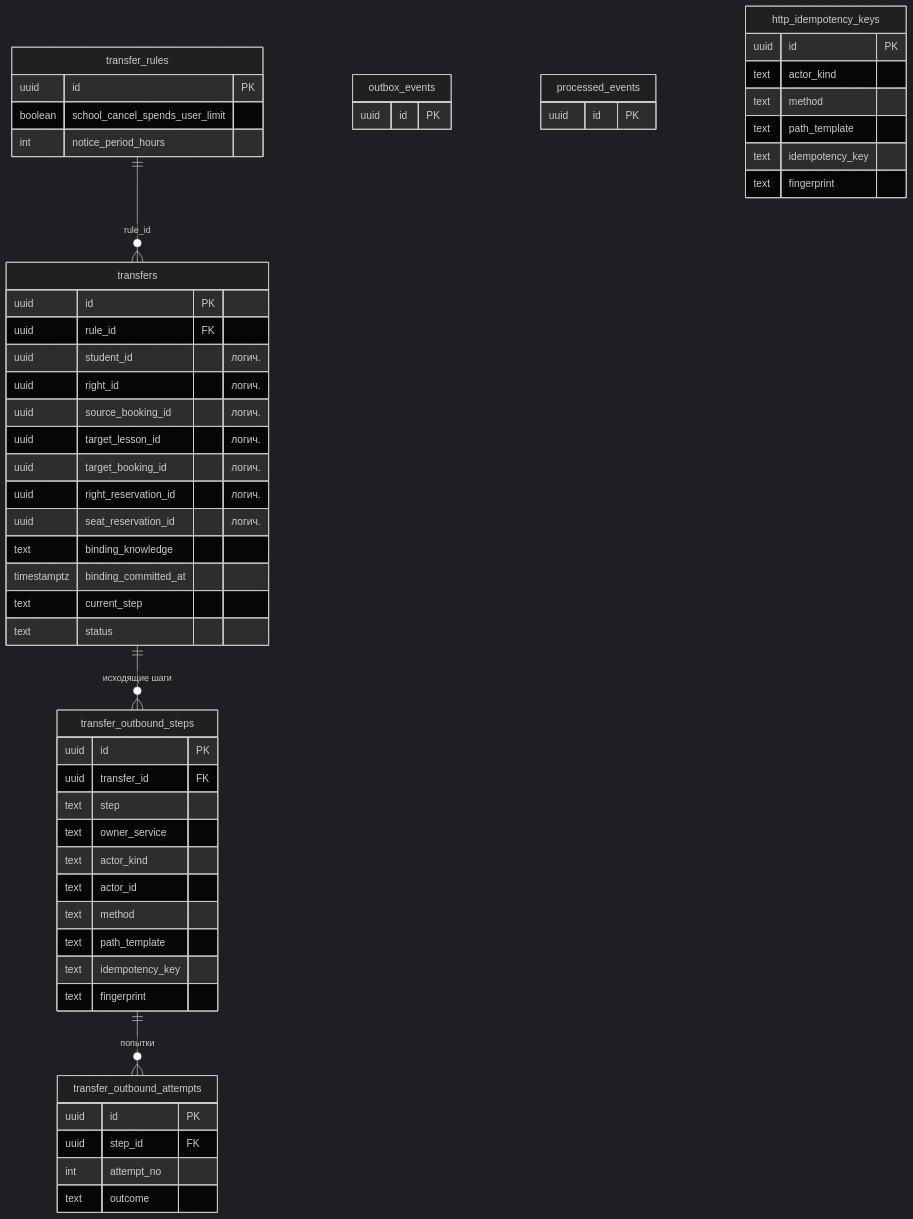
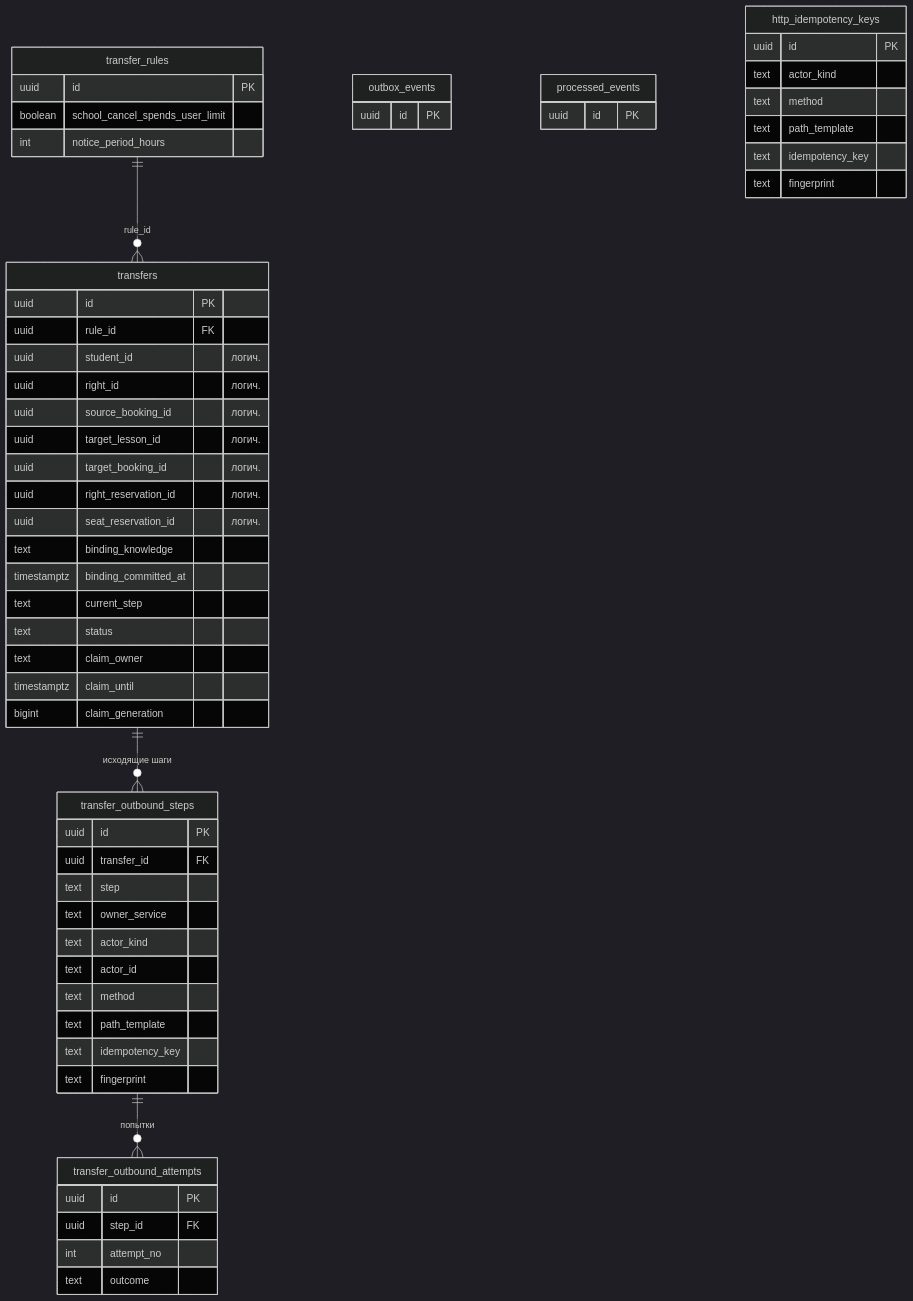
One commit to lostsky25/LessonPlus changed the diagram in docs/architecture/diagrams/er-transfers.mmd. Above: the diagram before and after it, drawn with Mermaid (dark theme). The commit also changed 19 other files, not shown here.

```diff
--- a/docs/architecture/diagrams/er-transfers.mmd
+++ b/docs/architecture/diagrams/er-transfers.mmd
@@ -1,59 +1,62 @@
 %% ER. Проект схемы transfers. Набор полей сокращён; имена совпадают с ddl/transfers.sql.
 %% Ссылки на право, записи, занятия и резервы — логические. Связь правил — transfers.rule_id FK.
 %% http_idempotency_keys — только входящий POST /v1/transfers, не внутренние шаги владельцев.
 erDiagram
   transfer_rules ||--o{ transfers : "rule_id"
   transfers ||--o{ transfer_outbound_steps : "исходящие шаги"
   transfer_outbound_steps ||--o{ transfer_outbound_attempts : "попытки"
   transfer_rules {
     uuid id PK
     boolean school_cancel_spends_user_limit
     int notice_period_hours
   }
   transfers {
     uuid id PK
     uuid rule_id FK
     uuid student_id "логич."
     uuid right_id "логич."
     uuid source_booking_id "логич."
     uuid target_lesson_id "логич."
     uuid target_booking_id "логич."
     uuid right_reservation_id "логич."
     uuid seat_reservation_id "логич."
     text binding_knowledge
     timestamptz binding_committed_at
     text current_step
     text status
+    text claim_owner
+    timestamptz claim_until
+    bigint claim_generation
   }
   transfer_outbound_steps {
     uuid id PK
     uuid transfer_id FK
     text step
     text owner_service
     text actor_kind
     text actor_id
     text method
     text path_template
     text idempotency_key
     text fingerprint
   }
   transfer_outbound_attempts {
     uuid id PK
     uuid step_id FK
     int attempt_no
     text outcome
   }
   outbox_events {
     uuid id PK
   }
   processed_events {
     uuid id PK
   }
   http_idempotency_keys {
     uuid id PK
     text actor_kind
     text method
     text path_template
     text idempotency_key
     text fingerprint
   }
```
